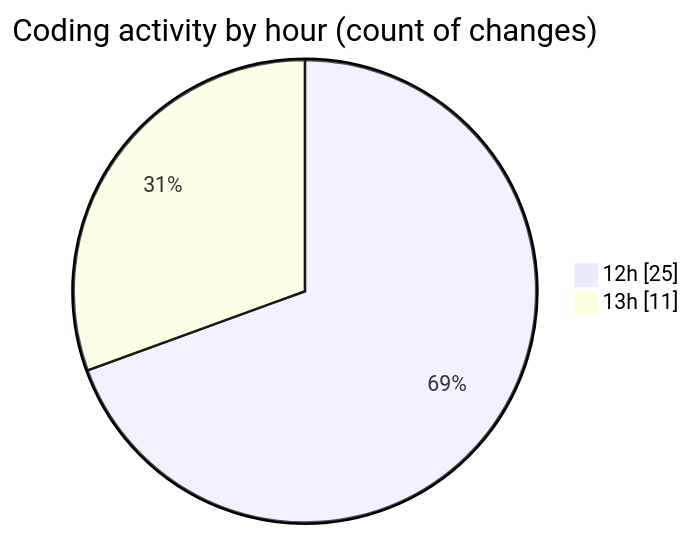
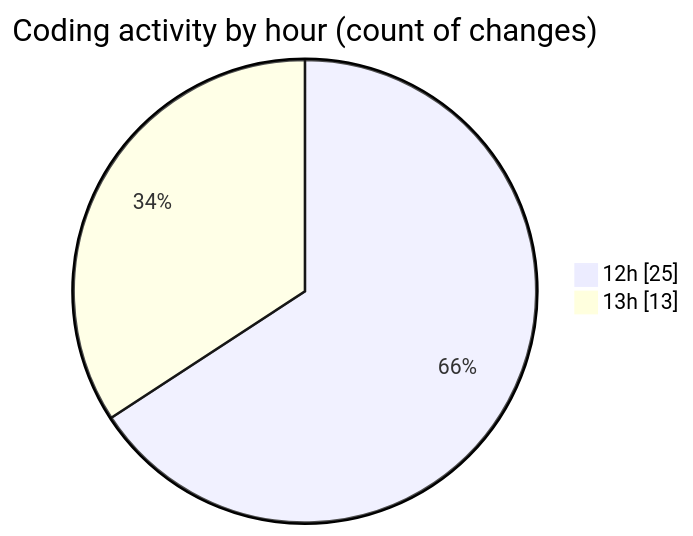
Before and after one commit to momahboobian/code-tracking: the second of 2 diagrams in 2025-08-15/cda/README.md, drawn with Mermaid. The commit also changed other lines of this file and 1 other file, not shown here.

````diff
--- a/2025-08-15/cda/README.md
+++ b/2025-08-15/cda/README.md
@@ -38,6 +38,6 @@
 ```mermaid
 pie showData
 title Coding activity by hour (count of changes)
 "12h" : 25
-"13h" : 11
+"13h" : 13
 ```
````
